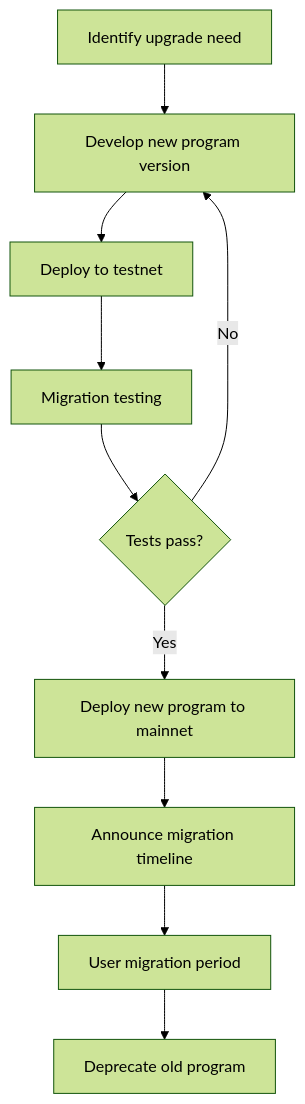
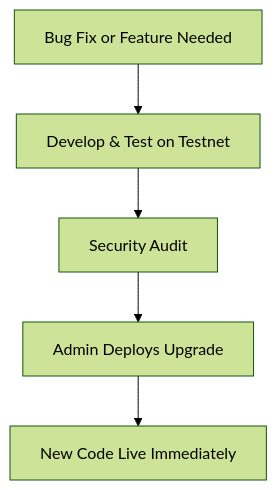
One commit to imajus/zk-factor changed the eighth of 8 diagrams in docs/spec.md. Above: the diagram before and after it, drawn with Mermaid (forest theme). The commit also changed other lines of this file and 2 other files, not shown here.

````diff
--- a/docs/spec.md
+++ b/docs/spec.md
@@ -746,12 +773,7 @@
 ```mermaid
 graph TD
-    A[Identify upgrade need] --> B[Develop new program version]
-    B --> C[Deploy to testnet]
-    C --> D[Migration testing]
-    D --> E{Tests pass?}
-    E -->|No| B
-    E -->|Yes| F[Deploy new program to mainnet]
-    F --> G[Announce migration timeline]
-    G --> H[User migration period]
-    H --> I[Deprecate old program]
+    A[Bug Fix or Feature Needed] --> B[Develop & Test on Testnet]
+    B --> C[Security Audit]
+    C --> D[Admin Deploys Upgrade]
+    D --> E[New Code Live Immediately]
 ```
````
